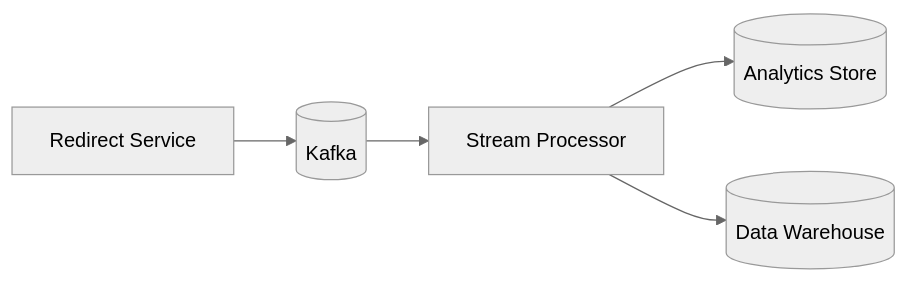
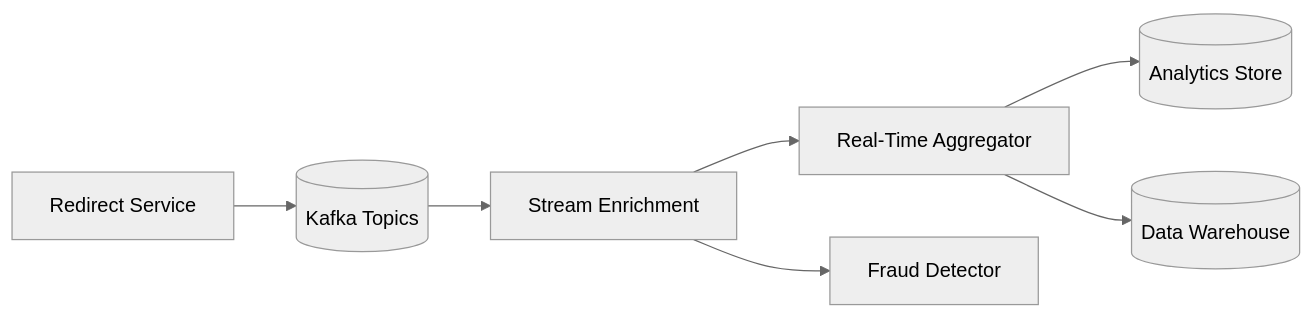
The seventh of 9 diagrams in src/content/design-a-url-shortner.md (gojosatoru123-ux/CacheU), drawn with Mermaid (neutral theme) before and after one commit. The commit also changed other lines of this file and 17 other files, not shown here.

````diff
--- a/src/content/design-a-url-shortner.md
+++ b/src/content/design-a-url-shortner.md
@@ -867,7 +806,9 @@
 ```mermaid
 flowchart LR
-    Redirect[Redirect Service] --> Kafka[(Kafka)]
-    Kafka --> Stream[Stream Processor]
-    Stream --> AnalyticsDB[(Analytics Store)]
-    Stream --> Warehouse[(Data Warehouse)]
+    Redirect[Redirect Service] --> Kafka[(Kafka Topics)]
+    Kafka --> Enrich[Stream Enrichment]
+    Enrich --> Agg[Real-Time Aggregator]
+    Enrich --> Fraud[Fraud Detector]
+    Agg --> OLAP[(Analytics Store)]
+    Agg --> Warehouse[(Data Warehouse)]
 ```
````
